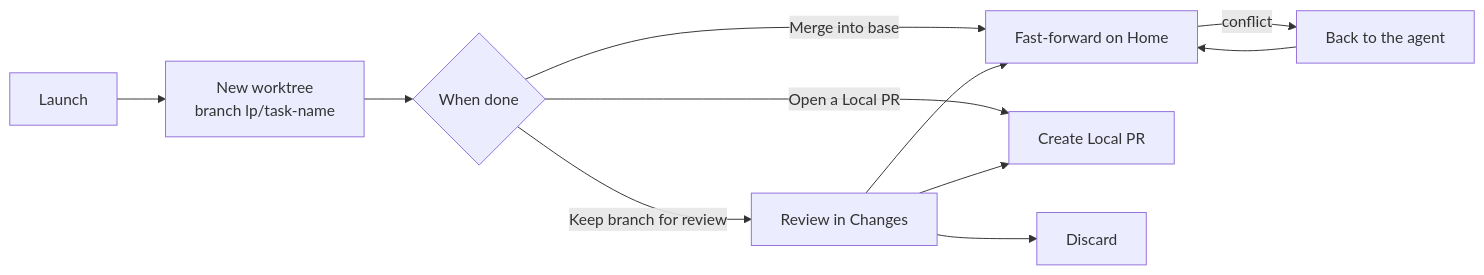
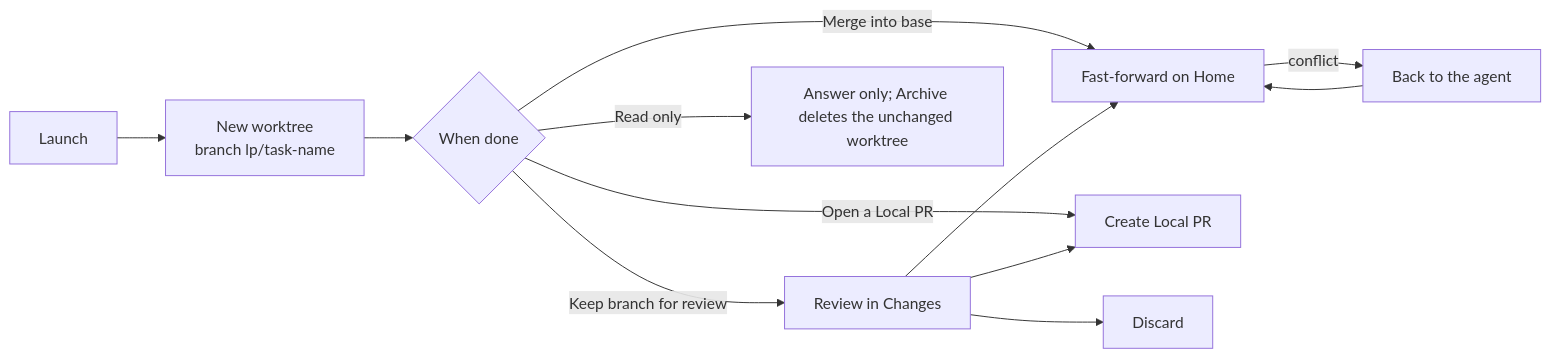
The second of 2 diagrams in docs/agents.md (Wauplin/launchpad), drawn with Mermaid before and after one commit. The commit also changed other lines of this file and 9 other files, not shown here.

Commit message:
Read only launches: When done → Read only (questions, audits) tells the agent to change nothing, work finish refuses, and Archive deletes the unchanged worktree and its branch; chosen per launch, never a folder default

````diff
--- a/docs/agents.md
+++ b/docs/agents.md
@@ -143,13 +143,14 @@
 ```mermaid
 flowchart LR
     A[Launch] --> B["New worktree<br/>branch lp/task-name"]
     B --> C{When done}
     C -->|Keep branch for review| D[Review in Changes]
     C -->|Merge into base| E[Fast-forward on Home]
     C -->|Open a Local PR| F
+    C -->|Read only| R[Answer only; Archive deletes the unchanged worktree]
     D --> E
     D --> F[Create Local PR]
     D --> G[Discard]
     E -->|conflict| H[Back to the agent]
     H --> E
 ```
````
